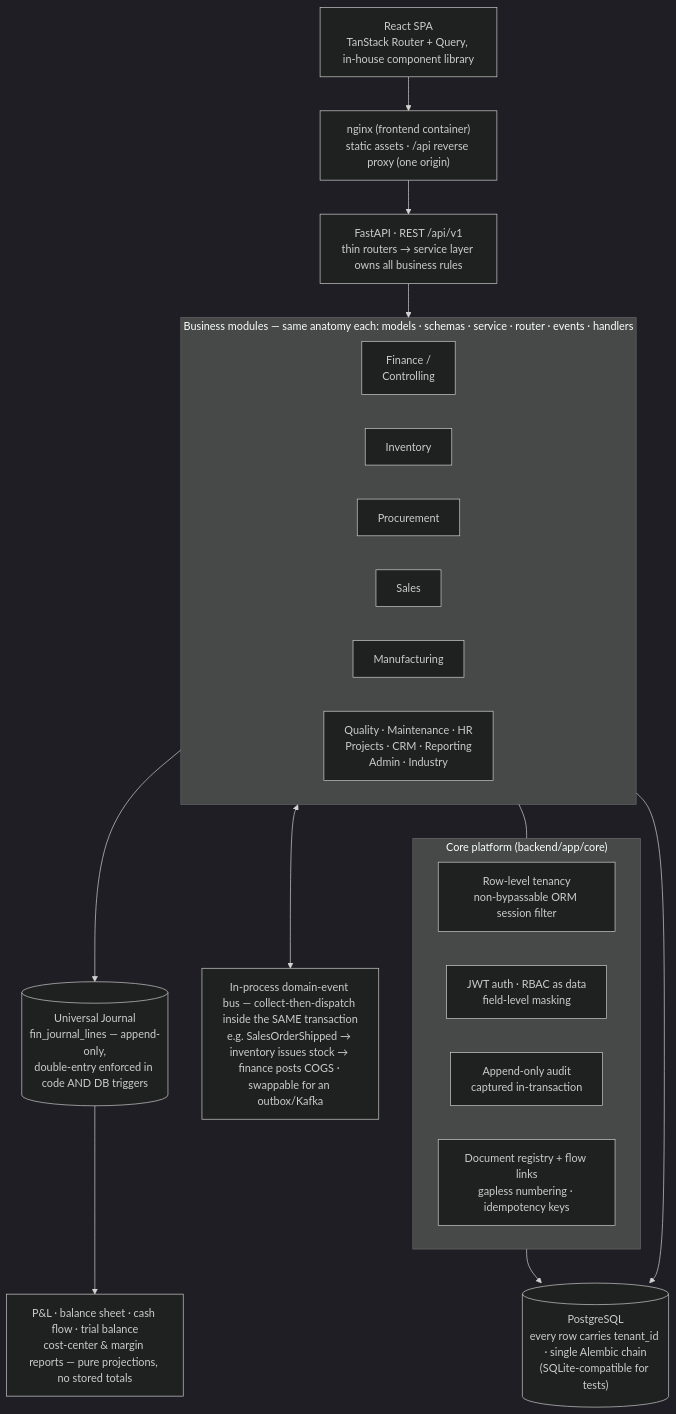
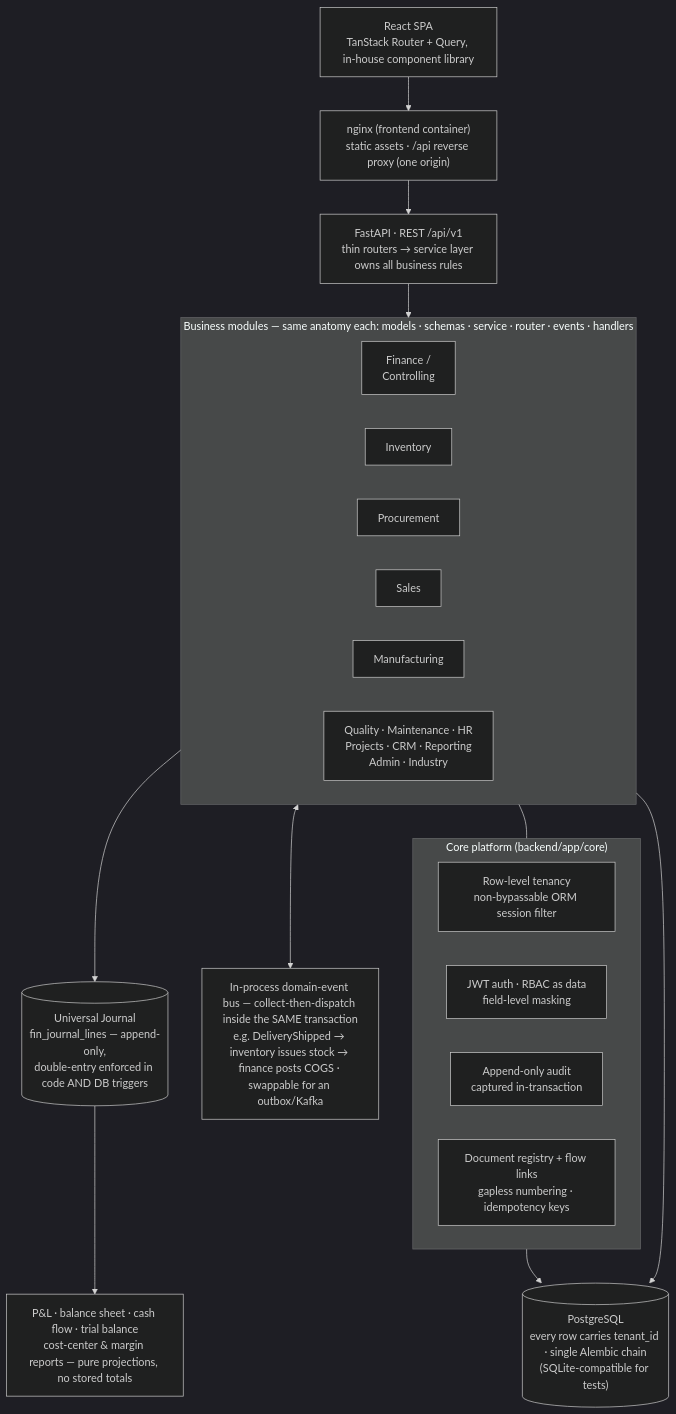
The first of 3 diagrams in README.md (Taha-Mahmoodi/atlas-erp), drawn with Mermaid (dark theme) before and after one commit. The commit also changed other lines of this file and 3 other files, not shown here.

````diff
--- a/README.md
+++ b/README.md
@@ -31,40 +54,40 @@
 ```mermaid
 flowchart TB
     SPA["React SPA<br/>TanStack Router + Query, in-house component library"]
     NGINX["nginx (frontend container)<br/>static assets · /api reverse proxy (one origin)"]
     API["FastAPI · REST /api/v1<br/>thin routers → service layer owns all business rules"]
 
     SPA --> NGINX --> API
 
     subgraph CORE["Core platform (backend/app/core)"]
         direction LR
         TEN["Row-level tenancy<br/>non-bypassable ORM session filter"]
         SEC["JWT auth · RBAC as data<br/>field-level masking"]
         AUD["Append-only audit<br/>captured in-transaction"]
         DOC["Document registry + flow links<br/>gapless numbering · idempotency keys"]
     end
 
     subgraph MODS["Business modules — same anatomy each: models · schemas · service · router · events · handlers"]
         direction LR
         FIN["Finance /<br/>Controlling"]
         INV["Inventory"]
         PROC["Procurement"]
         SALES["Sales"]
         MFG["Manufacturing"]
         REST2["Quality · Maintenance · HR<br/>Projects · CRM · Reporting<br/>Admin · Industry"]
     end
 
-    BUS["In-process domain-event bus — collect-then-dispatch inside the SAME transaction<br/>e.g. SalesOrderShipped → inventory issues stock → finance posts COGS · swappable for an outbox/Kafka"]
+    BUS["In-process domain-event bus — collect-then-dispatch inside the SAME transaction<br/>e.g. DeliveryShipped → inventory issues stock → finance posts COGS · swappable for an outbox/Kafka"]
 
     UJ[("Universal Journal<br/>fin_journal_lines — append-only,<br/>double-entry enforced in code AND DB triggers")]
     PROJ["P&L · balance sheet · cash flow · trial balance<br/>cost-center & margin reports — pure projections, no stored totals"]
     PG[("PostgreSQL<br/>every row carries tenant_id · single Alembic chain<br/>(SQLite-compatible for tests)")]
 
     API --> MODS
     MODS <--> BUS
     MODS --- CORE
     FIN --> UJ
     UJ --> PROJ
     CORE --> PG
     MODS --> PG
 ```
````
